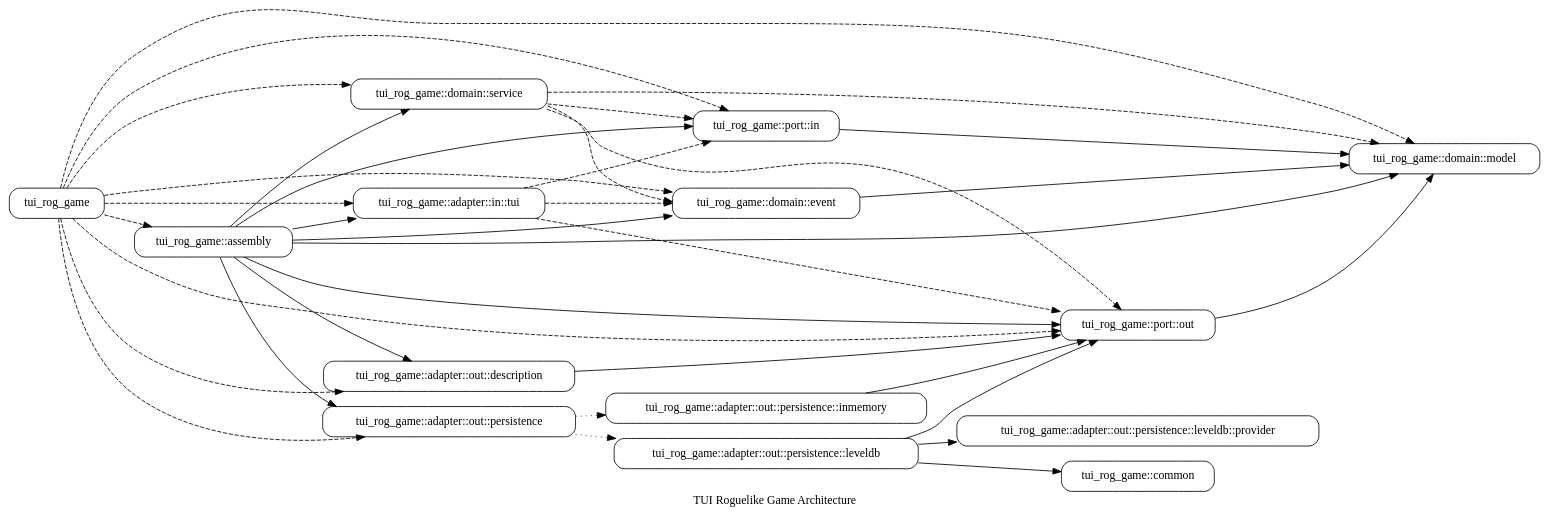
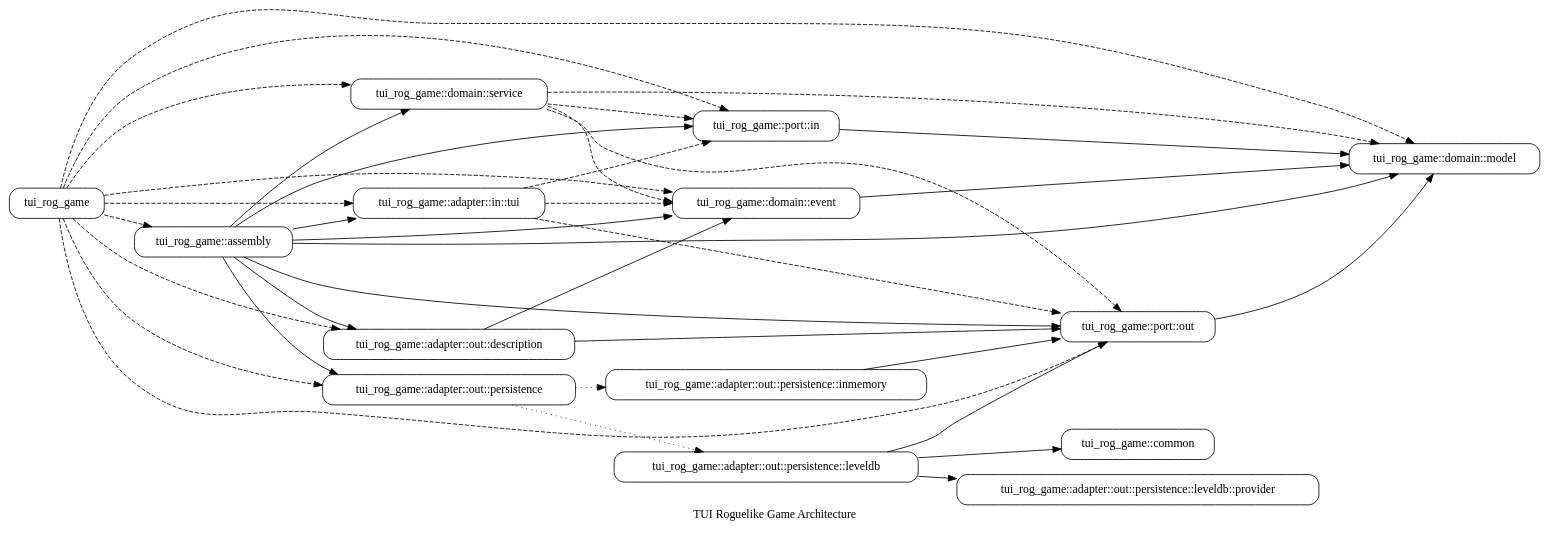
One commit to woojung3/CppPlayground changed the diagram in tui_rog_game/allowed_architecture.dot. Above: the diagram before and after it, drawn with Graphviz. The commit also changed 13 other files, not shown here.

```diff
--- a/tui_rog_game/allowed_architecture.dot
+++ b/tui_rog_game/allowed_architecture.dot
@@ -1,39 +1,40 @@
 digraph G {
   rankdir=LR;
   label="TUI Roguelike Game Architecture";
   node [shape=box, style=rounded];
   "tui_rog_game" -> "tui_rog_game::adapter::in::tui" [style=dashed];
   "tui_rog_game" -> "tui_rog_game::adapter::out::description" [style=dashed];
   "tui_rog_game" -> "tui_rog_game::adapter::out::persistence" [style=dashed];
   "tui_rog_game" -> "tui_rog_game::assembly" [style=dashed];
   "tui_rog_game" -> "tui_rog_game::domain::event" [style=dashed];
   "tui_rog_game" -> "tui_rog_game::domain::model" [style=dashed];
   "tui_rog_game" -> "tui_rog_game::domain::service" [style=dashed];
   "tui_rog_game" -> "tui_rog_game::port::in" [style=dashed];
   "tui_rog_game" -> "tui_rog_game::port::out" [style=dashed];
   "tui_rog_game::adapter::in::tui" -> "tui_rog_game::domain::event" [style=dashed];
   "tui_rog_game::adapter::in::tui" -> "tui_rog_game::port::in" [style=dashed];
   "tui_rog_game::adapter::in::tui" -> "tui_rog_game::port::out" [style=dashed];
+  "tui_rog_game::adapter::out::description" -> "tui_rog_game::domain::event" [style=solid];
   "tui_rog_game::adapter::out::description" -> "tui_rog_game::port::out" [style=solid];
   "tui_rog_game::adapter::out::persistence" -> "tui_rog_game::adapter::out::persistence::inmemory" [style=dotted];
   "tui_rog_game::adapter::out::persistence" -> "tui_rog_game::adapter::out::persistence::leveldb" [style=dotted];
   "tui_rog_game::adapter::out::persistence::inmemory" -> "tui_rog_game::port::out" [style=solid];
   "tui_rog_game::adapter::out::persistence::leveldb" -> "tui_rog_game::adapter::out::persistence::leveldb::provider" [style=solid];
   "tui_rog_game::adapter::out::persistence::leveldb" -> "tui_rog_game::common" [style=solid];
   "tui_rog_game::adapter::out::persistence::leveldb" -> "tui_rog_game::port::out" [style=solid];
   "tui_rog_game::assembly" -> "tui_rog_game::adapter::in::tui" [style=solid];
   "tui_rog_game::assembly" -> "tui_rog_game::adapter::out::description" [style=solid];
   "tui_rog_game::assembly" -> "tui_rog_game::adapter::out::persistence" [style=solid];
   "tui_rog_game::assembly" -> "tui_rog_game::domain::event" [style=solid];
   "tui_rog_game::assembly" -> "tui_rog_game::domain::model" [style=solid];
   "tui_rog_game::assembly" -> "tui_rog_game::domain::service" [style=solid];
   "tui_rog_game::assembly" -> "tui_rog_game::port::in" [style=solid];
   "tui_rog_game::assembly" -> "tui_rog_game::port::out" [style=solid];
   "tui_rog_game::domain::event" -> "tui_rog_game::domain::model" [style=solid];
   "tui_rog_game::domain::service" -> "tui_rog_game::domain::event" [style=dashed];
   "tui_rog_game::domain::service" -> "tui_rog_game::domain::model" [style=dashed];
   "tui_rog_game::domain::service" -> "tui_rog_game::port::in" [style=dashed];
   "tui_rog_game::domain::service" -> "tui_rog_game::port::out" [style=dashed];
   "tui_rog_game::port::in" -> "tui_rog_game::domain::model" [style=solid];
   "tui_rog_game::port::out" -> "tui_rog_game::domain::model" [style=solid];
 }
```
